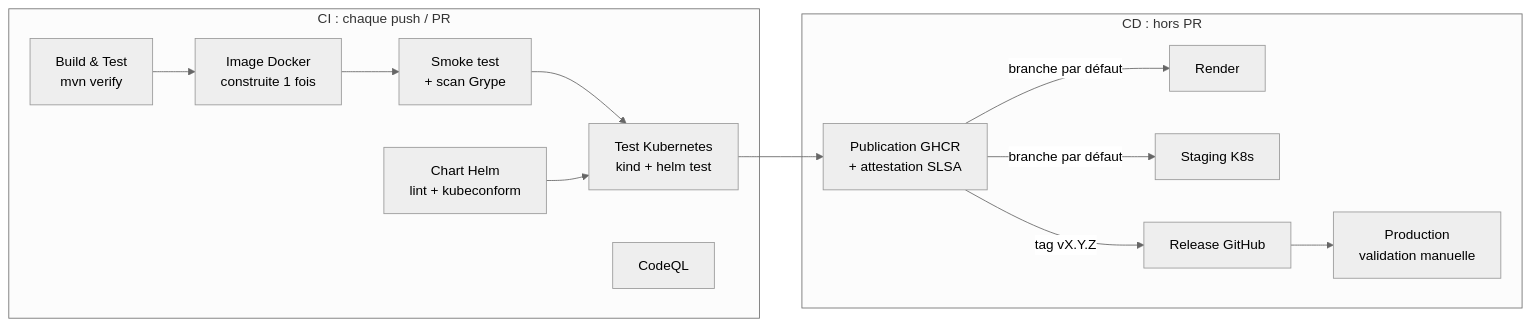
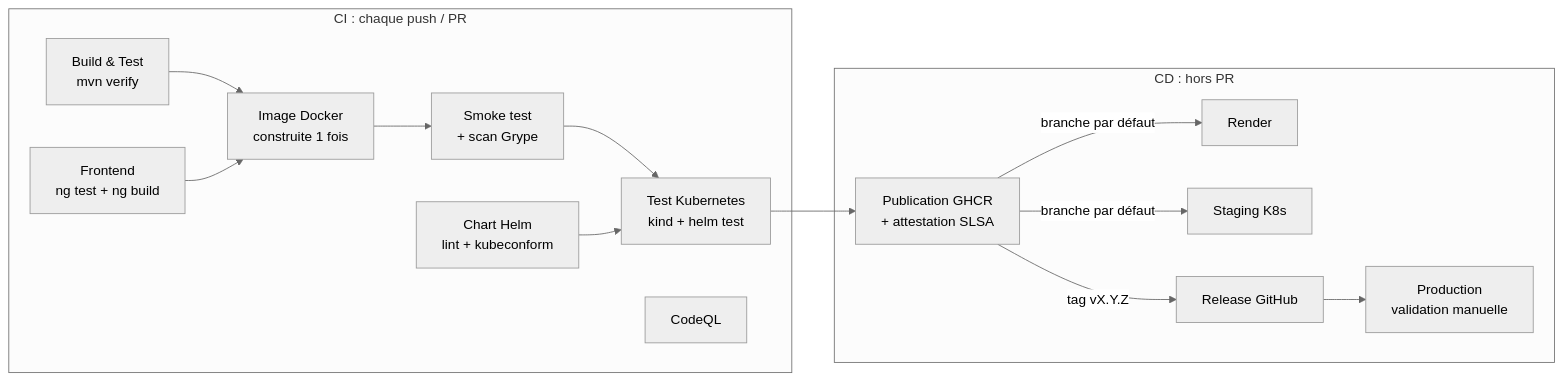
The diagram in README.md (thepja/first-app), drawn with Mermaid (neutral theme) before and after one commit. The commit also changed other lines of this file and 30 other files, not shown here.

````diff
--- a/README.md
+++ b/README.md
@@ -47,17 +66,18 @@
 ```mermaid
 flowchart LR
     subgraph CI["CI : chaque push / PR"]
         B[Build & Test<br/>mvn verify] --> I[Image Docker<br/>construite 1 fois]
+        F[Frontend<br/>ng test + ng build] --> I
         C[Chart Helm<br/>lint + kubeconform]
         I --> S[Smoke test<br/>+ scan Grype]
         S --> K[Test Kubernetes<br/>kind + helm test]
         C --> K
         Q[CodeQL]
     end
     subgraph CD["CD : hors PR"]
         K --> P[Publication GHCR<br/>+ attestation SLSA]
         P -->|branche par défaut| RD[Render]
         P -->|branche par défaut| ST[Staging K8s]
         P -->|tag vX.Y.Z| R[Release GitHub] --> PR[Production<br/>validation manuelle]
     end
 ```
````
